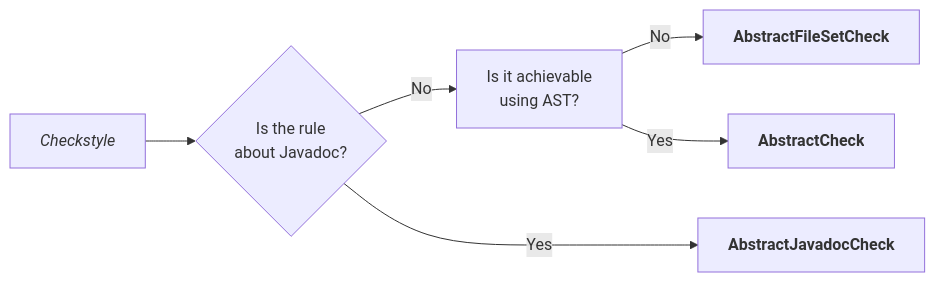
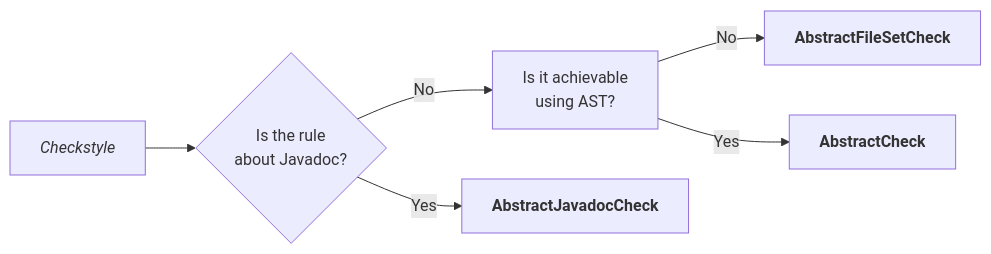
One commit to hanggrian/rulebook changed the first of 4 diagrams in CONTRIBUTING.md. Above: the diagram before and after it, drawn with Mermaid. The commit also changed other lines of this file and 202 other files, not shown here.

````diff
--- a/CONTRIBUTING.md
+++ b/CONTRIBUTING.md
@@ -5,8 +5,8 @@
 ```mermaid
 graph LR
   A[<i>Checkstyle</i>] --> B{Is the rule<br>about Javadoc?};
   B --> |No| C[Is it achievable<br>using AST?];
   C --> |No| D[<b>AbstractFileSetCheck</b>];
   C --> |Yes| E[<b>AbstractCheck</b>];
-  B ---> |Yes| F[<b>AbstractJavadocCheck</b>];
+  B --> |Yes| F[<b>AbstractJavadocCheck</b>];
 ```
````
